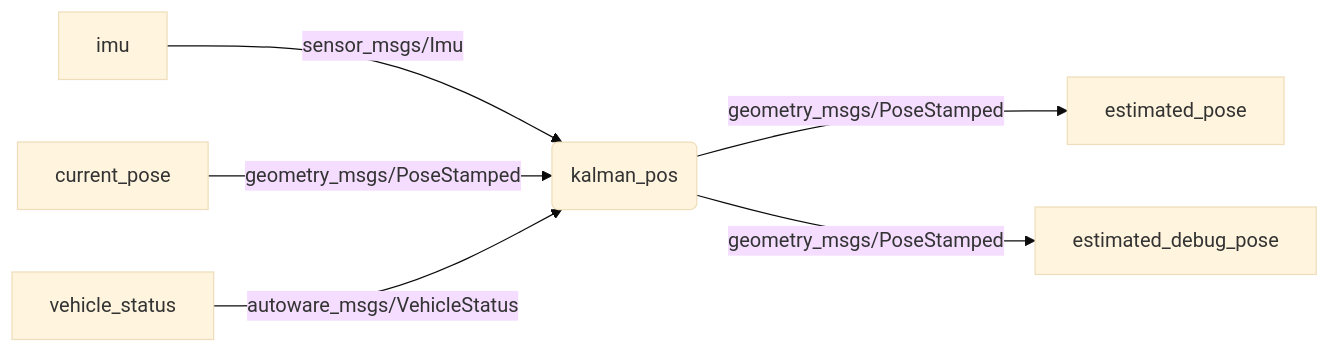
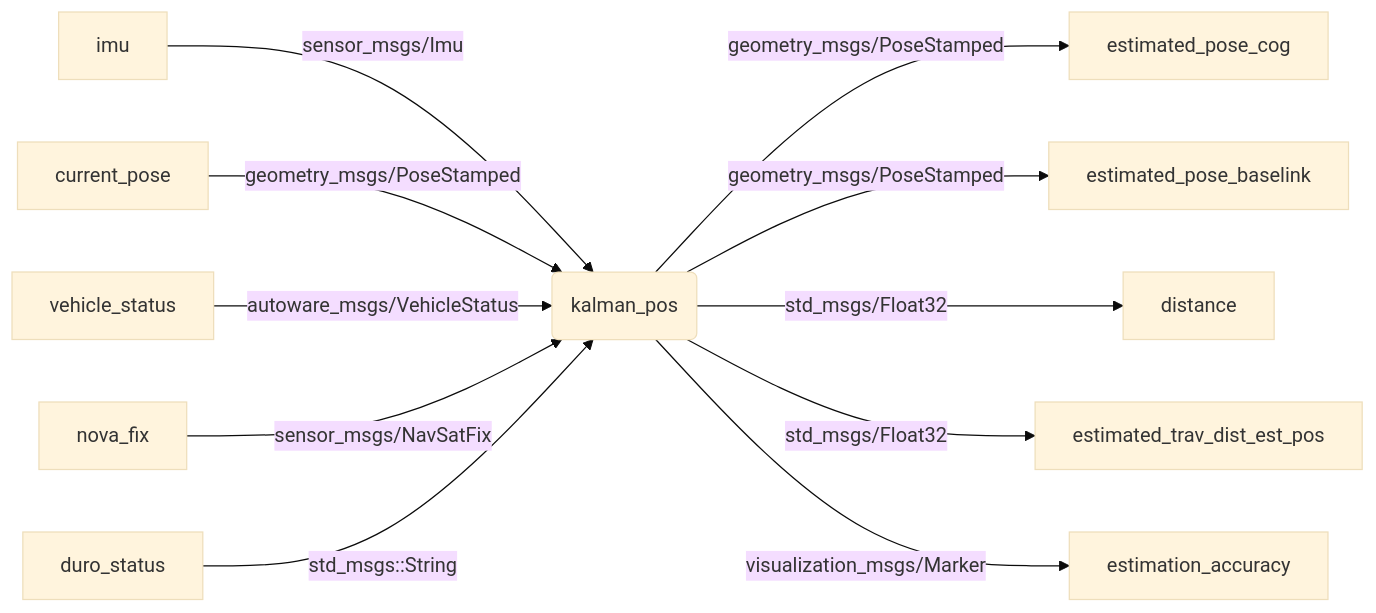
Before and after one commit to jkk-research/kalman_pos: the diagram in README.md, drawn with Mermaid (base theme). The commit also changed other lines of this file, not shown here.

````diff
--- a/README.md
+++ b/README.md
@@ -20,9 +20,14 @@
 ```mermaid
 flowchart LR
 
-A[imu] -->|sensor_msgs/Imu| D(kalman_pos)
-B[current_pose] -->|geometry_msgs/PoseStamped| D
-C[vehicle_status] -->|autoware_msgs/VehicleStatus| D
-D --> |geometry_msgs/PoseStamped| E[estimated_pose]
-D --> |geometry_msgs/PoseStamped| F[estimated_debug_pose]
+A[imu] -->|sensor_msgs/Imu| F(kalman_pos)
+B[current_pose] -->|geometry_msgs/PoseStamped| F
+C[vehicle_status] -->|autoware_msgs/VehicleStatus| F
+D[nova_fix] -->|sensor_msgs/NavSatFix| F
+E[duro_status] -->|std_msgs::String| F
+F --> |geometry_msgs/PoseStamped| G[estimated_pose_cog]
+F --> |geometry_msgs/PoseStamped| H[estimated_pose_baselink]
+F --> |std_msgs/Float32| I[distance]
+F --> |std_msgs/Float32| J[estimated_trav_dist_est_pos]
+F --> |visualization_msgs/Marker| K[estimation_accuracy]
 ```
````
